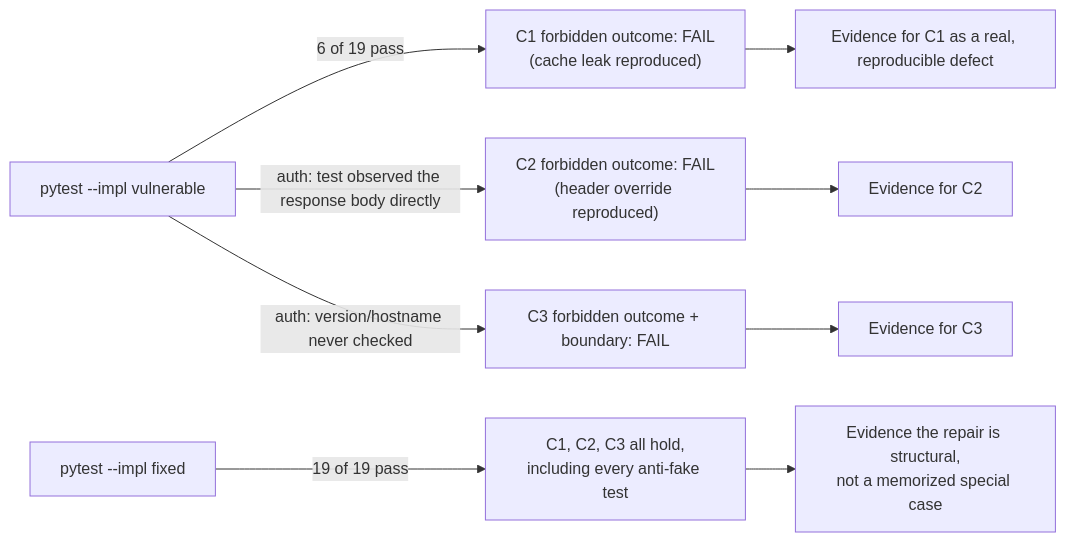
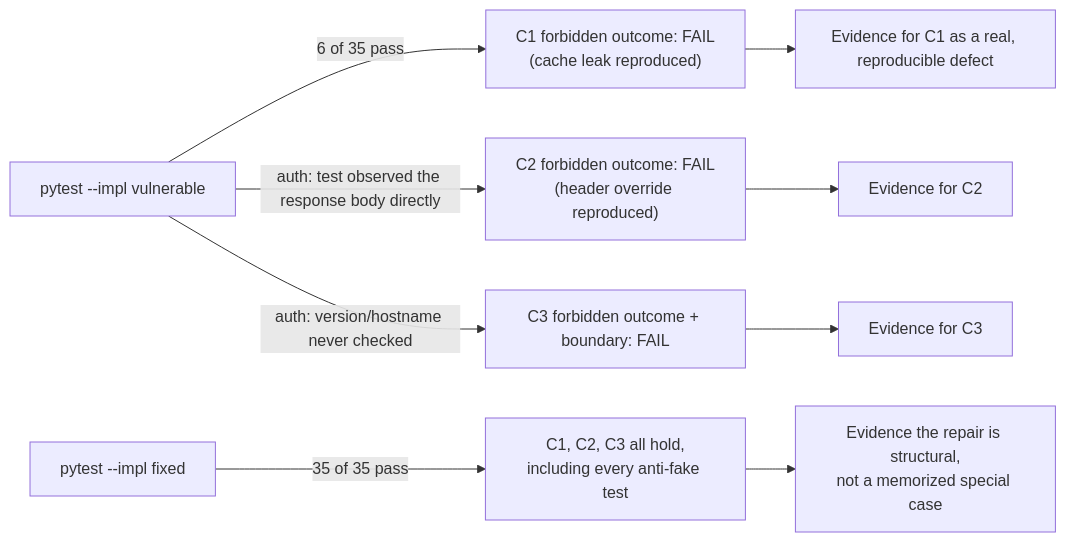
One commit to ishitvagoel/LearnSecurity changed the diagram in content/modules/2/2.2/lessons/05-verify.md. Above: the diagram before and after it, drawn with Mermaid. The commit also changed other lines of this file and 7 other files, not shown here.

````diff
--- a/content/modules/2/2.2/lessons/05-verify.md
+++ b/content/modules/2/2.2/lessons/05-verify.md
@@ -23,11 +23,11 @@
 ```mermaid
 flowchart LR
-  Run["pytest --impl vulnerable"] -->|"6 of 19 pass"| V1["C1 forbidden outcome: FAIL\n(cache leak reproduced)"]
+  Run["pytest --impl vulnerable"] -->|"6 of 35 pass"| V1["C1 forbidden outcome: FAIL\n(cache leak reproduced)"]
   Run -->|auth: test observed the response body directly| V2["C2 forbidden outcome: FAIL\n(header override reproduced)"]
   Run -->|auth: version/hostname never checked| V3["C3 forbidden outcome + boundary: FAIL"]
-  Fixed["pytest --impl fixed"] -->|"19 of 19 pass"| F1["C1, C2, C3 all hold,\nincluding every anti-fake test"]
+  Fixed["pytest --impl fixed"] -->|"35 of 35 pass"| F1["C1, C2, C3 all hold,\nincluding every anti-fake test"]
   V1 --> Claim1["Evidence for C1 as a real, reproducible defect"]
   V2 --> Claim2["Evidence for C2"]
   V3 --> Claim3["Evidence for C3"]
   F1 --> ClaimAll["Evidence the repair is structural,\nnot a memorized special case"]
 ```
````
